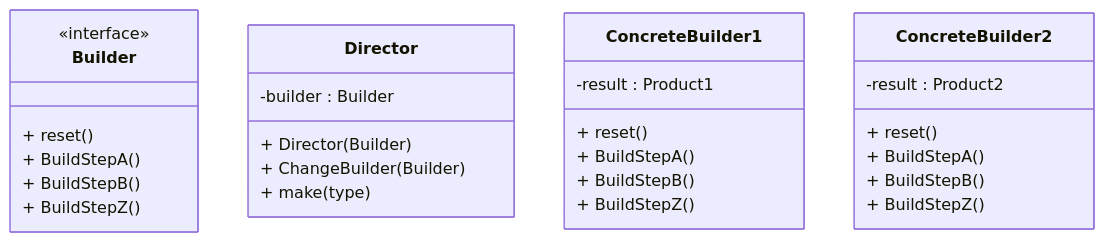
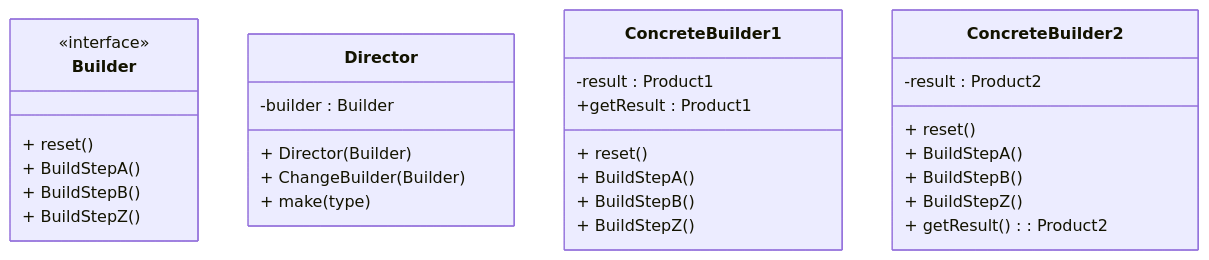
The diagram in Builder/README.md (kirolossedra/Creational-Design-Patterns), drawn with Mermaid before and after one commit.

````diff
--- a/Builder/README.md
+++ b/Builder/README.md
@@ -2,37 +2,39 @@
 ```mermaid
 classDiagram
 
 class Builder{
 <<interface>> 
     + reset()
     + BuildStepA()
     + BuildStepB()
     + BuildStepZ()
 }
 
 class Director{
 -builder : Builder
 + Director(Builder)
 + ChangeBuilder(Builder)
 + make(type)
 }
 
 class ConcreteBuilder1{
 -result : Product1
 + reset()
 + BuildStepA()
 + BuildStepB()
 + BuildStepZ()
++getResult : Product1
 
 }
 
 class ConcreteBuilder2{
 -result : Product2
 + reset()
 + BuildStepA()
 + BuildStepB()
 + BuildStepZ()
++ getResult() : Product2
 
 }
 
 ```
````
